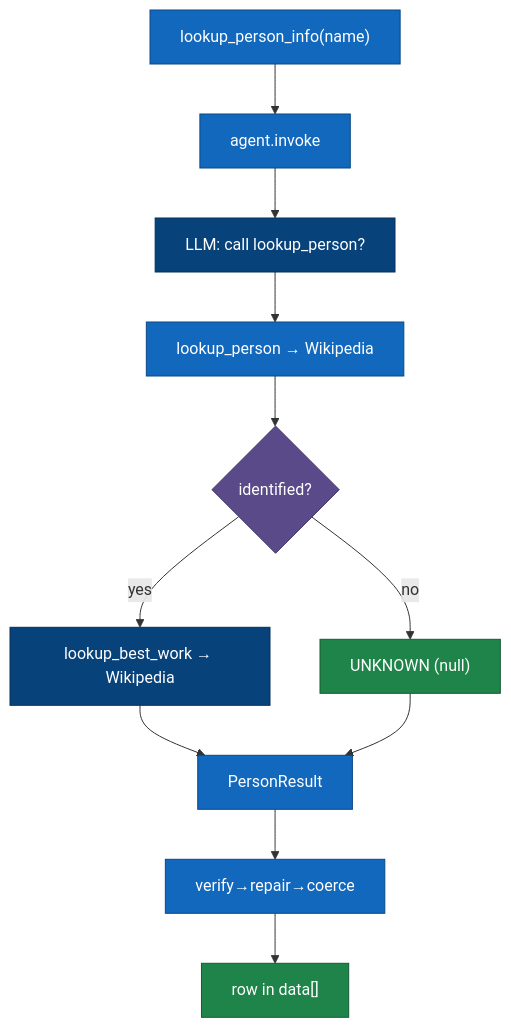
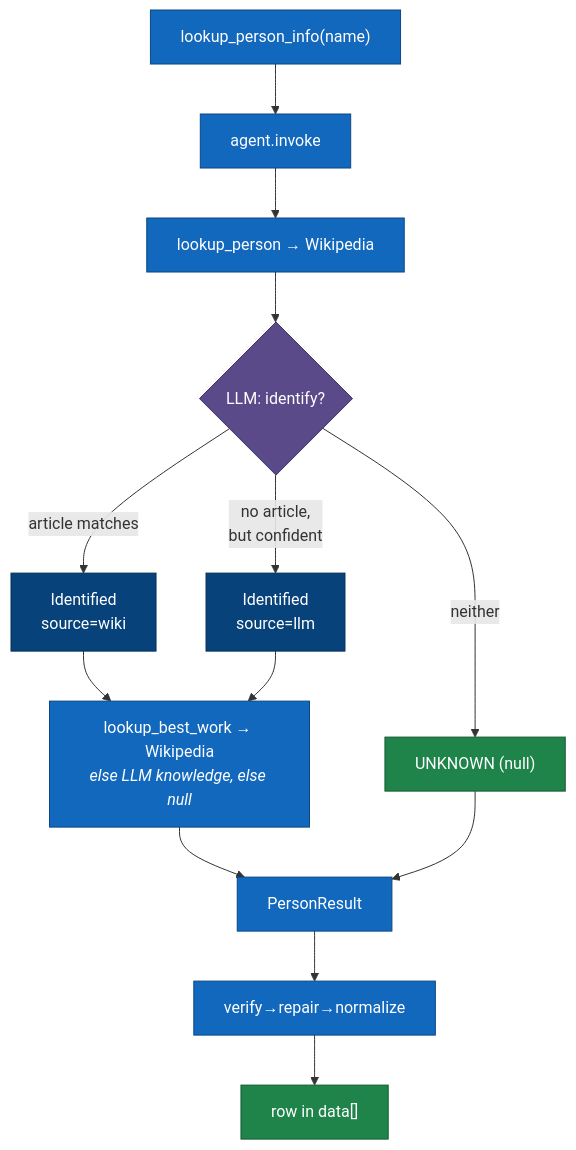
One commit to NVZver/person_finder changed the fourth of 4 diagrams in docs/c4-4-code.md. Above: the diagram before and after it, drawn with Mermaid. The commit also changed other lines of this file and 2 other files, not shown here.

````diff
--- a/docs/c4-4-code.md
+++ b/docs/c4-4-code.md
@@ -132,22 +94,24 @@
 ```mermaid
 flowchart TD
     s["lookup_person_info(name)"] --> inv["agent.invoke"]
-    inv --> llm1["LLM: call lookup_person?"]
-    llm1 --> tool1["lookup_person → Wikipedia"]
-    tool1 --> id{identified?}
-    id -- no --> unk["UNKNOWN (null)"]
-    id -- yes --> llm2["lookup_best_work → Wikipedia"]
-    llm2 --> struct["PersonResult"]
+    inv --> tool1["lookup_person → Wikipedia"]
+    tool1 --> dec{"LLM: identify?"}
+    dec -- "article matches" --> wiki["Identified<br/>source=wiki"]
+    dec -- "no article,<br/>but confident" --> llmk["Identified<br/>source=llm"]
+    dec -- "neither" --> unk["UNKNOWN (null)"]
+    wiki --> bw["lookup_best_work → Wikipedia<br/><i>else LLM knowledge, else null</i>"]
+    llmk --> bw
+    bw --> struct["PersonResult"]
     unk --> struct
-    struct --> guard["verify→repair→coerce"]
+    struct --> guard["verify→repair→normalize"]
     guard --> row["row in data[]"]
 
     classDef step fill:#1168bd,stroke:#0b4884,stroke-width:1px,color:#ffffff;
     classDef model fill:#08427b,stroke:#052e56,stroke-width:1px,color:#ffffff;
     classDef dec  fill:#5a4a8a,stroke:#3f3463,stroke-width:1px,color:#ffffff;
     classDef good fill:#1e8449,stroke:#145a32,stroke-width:1px,color:#ffffff;
-    class s,inv,tool1,struct,guard step;
-    class llm1,llm2 model;
-    class id dec;
+    class s,inv,tool1,bw,struct,guard step;
+    class wiki,llmk model;
+    class dec dec;
     class unk,row good;
 ```
````
